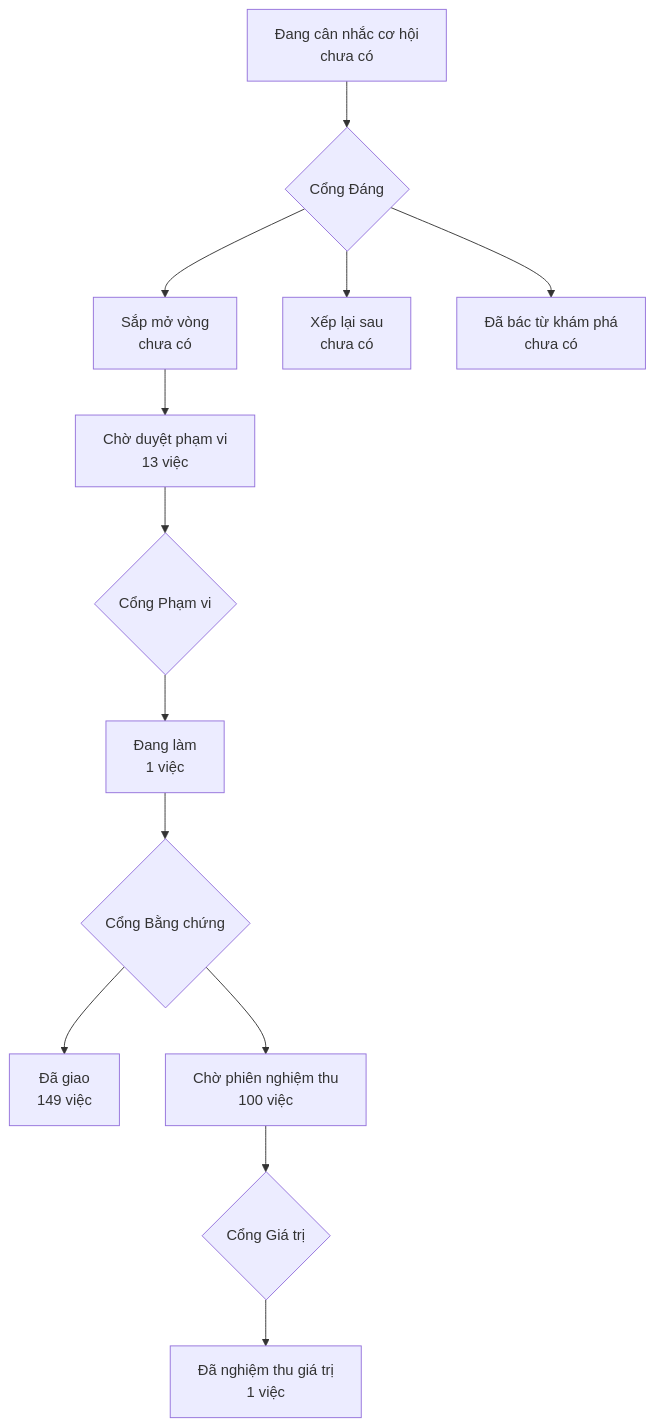
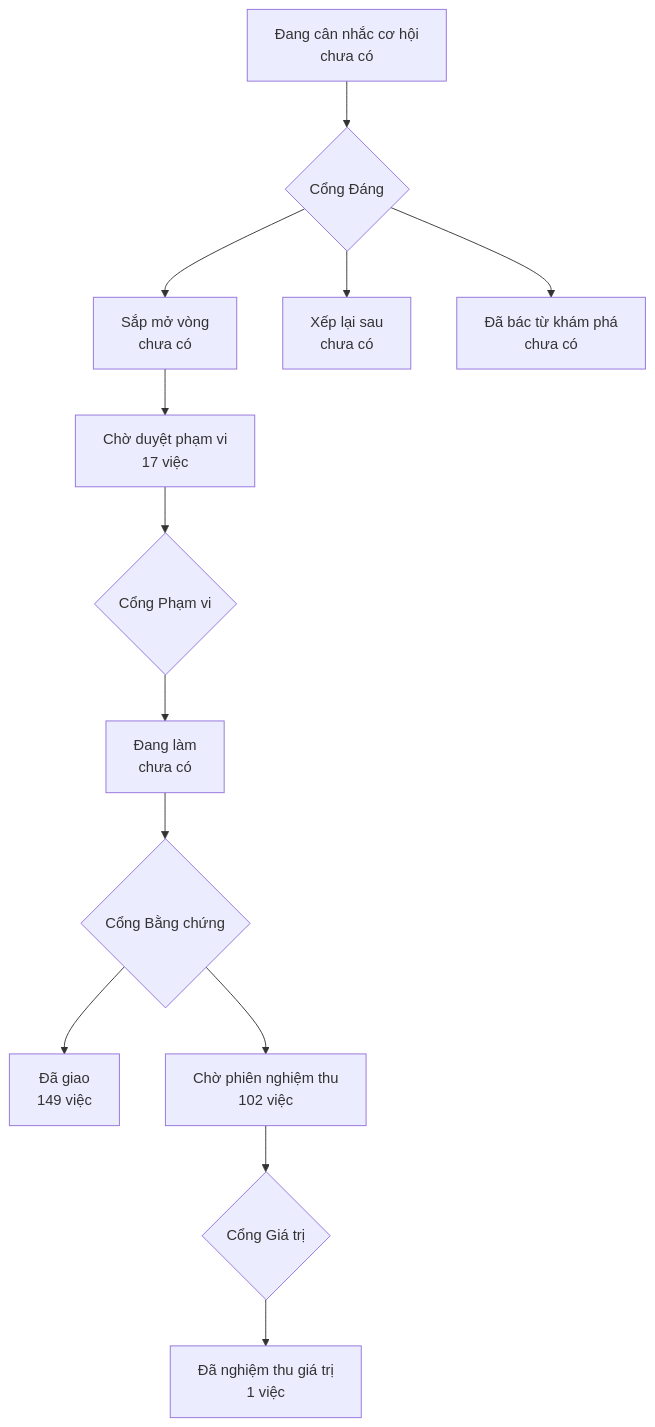
The diagram in PRODUCT-MAP.md (phanlemanh/onehub-invest), drawn with Mermaid before and after one commit. The commit also changed other lines of this file and 4 other files, not shown here.

````diff
--- a/PRODUCT-MAP.md
+++ b/PRODUCT-MAP.md
@@ -7,12 +7,12 @@
 ```mermaid
 flowchart TD
   A["Đang cân nhắc cơ hội<br/>chưa có"] --> GD{"Cổng Đáng"}
   GD --> B["Sắp mở vòng<br/>chưa có"]
   GD --> XL["Xếp lại sau<br/>chưa có"]
   GD --> DB["Đã bác từ khám phá<br/>chưa có"]
-  B --> CD["Chờ duyệt phạm vi<br/>13 việc"] --> GP{"Cổng Phạm vi"}
-  GP --> DL["Đang làm<br/>1 việc"] --> GB{"Cổng Bằng chứng"}
+  B --> CD["Chờ duyệt phạm vi<br/>17 việc"] --> GP{"Cổng Phạm vi"}
+  GP --> DL["Đang làm<br/>chưa có"] --> GB{"Cổng Bằng chứng"}
   GB --> DG["Đã giao<br/>149 việc"]
-  GB --> CN["Chờ phiên nghiệm thu<br/>100 việc"] --> GG{"Cổng Giá trị"}
+  GB --> CN["Chờ phiên nghiệm thu<br/>102 việc"] --> GG{"Cổng Giá trị"}
   GG --> NT["Đã nghiệm thu giá trị<br/>1 việc"]
 ```
````
